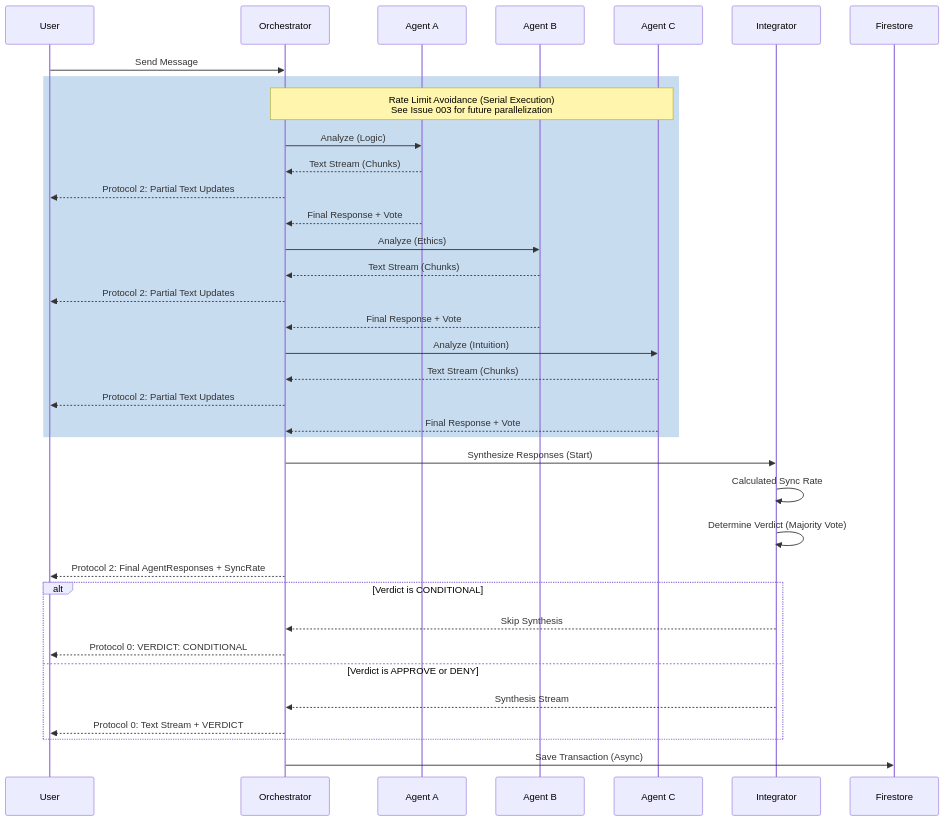
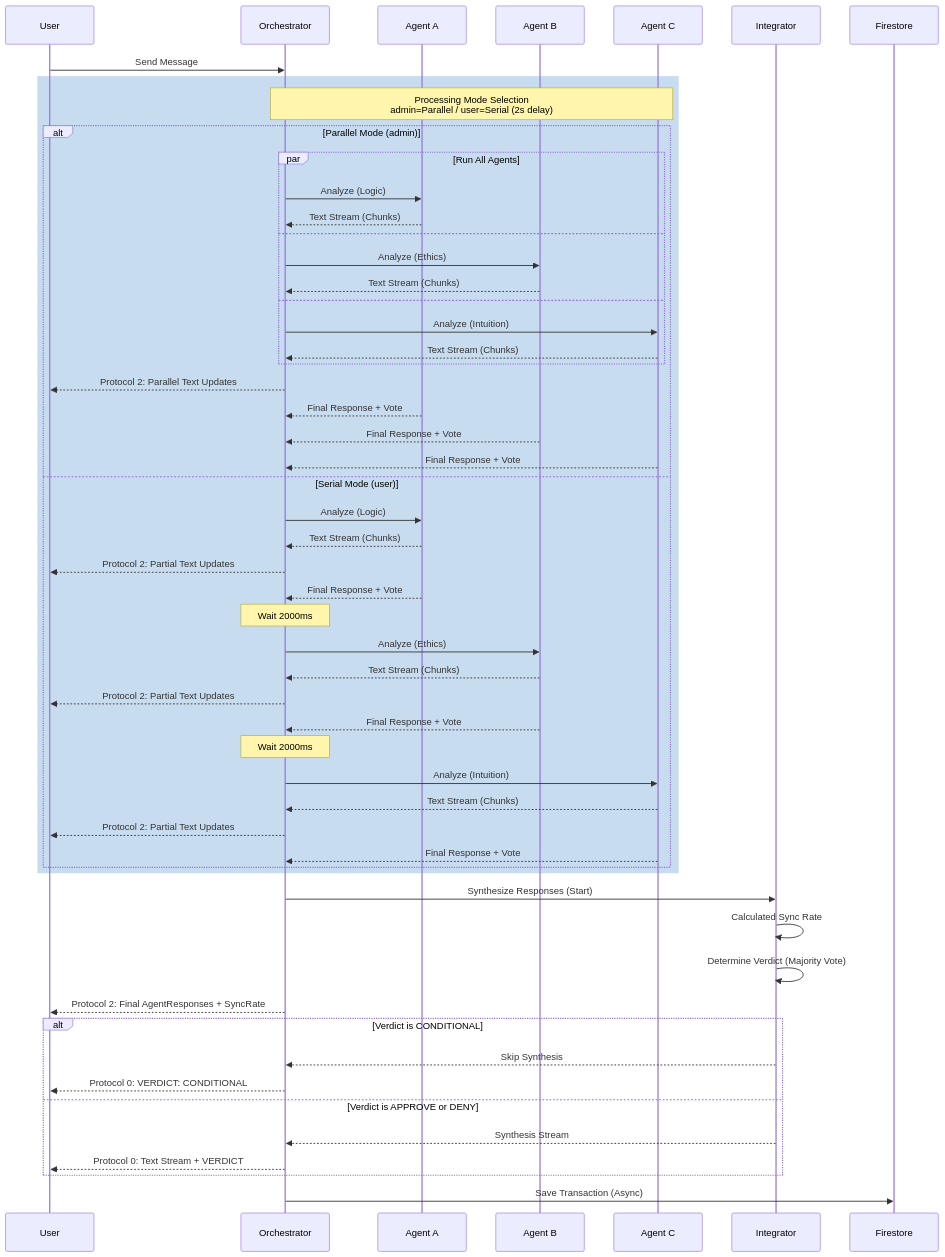
Before and after one commit to Kujo-n/maji-res: the second of 5 diagrams in docs/design/architecture.md, drawn with Mermaid. The commit also changed other lines of this file and 3 other files, not shown here.

Commit message:
docs: update architecture, spec, changelog for mode switching

````diff
--- a/docs/design/architecture.md
+++ b/docs/design/architecture.md
@@ -42,43 +42,63 @@
 ```mermaid
 sequenceDiagram
     participant U as User
     participant O as Orchestrator
     participant M as Agent A
     participant B as Agent B
     participant C as Agent C
     participant I as Integrator
     participant DB as Firestore
 
     U->>O: Send Message
     
     rect rgb(200, 220, 240)
-    Note over O, C: Rate Limit Avoidance (Serial Execution)<br/>See Issue 003 for future parallelization
-    O->>M: Analyze (Logic)
-    M-->>O: Text Stream (Chunks)
-    O-->>U: Protocol 2: Partial Text Updates
-    M-->>O: Final Response + Vote
-    O->>B: Analyze (Ethics)
-    B-->>O: Text Stream (Chunks)
-    O-->>U: Protocol 2: Partial Text Updates
-    B-->>O: Final Response + Vote
-    O->>C: Analyze (Intuition)
-    C-->>O: Text Stream (Chunks)
-    O-->>U: Protocol 2: Partial Text Updates
-    C-->>O: Final Response + Vote
+    Note over O, C: Processing Mode Selection<br/>admin=Parallel / user=Serial (2s delay)
+    
+    alt Parallel Mode (admin)
+        par Run All Agents
+            O->>M: Analyze (Logic)
+            M-->>O: Text Stream (Chunks)
+        and
+            O->>B: Analyze (Ethics)
+            B-->>O: Text Stream (Chunks)
+        and
+            O->>C: Analyze (Intuition)
+            C-->>O: Text Stream (Chunks)
+        end
+        O-->>U: Protocol 2: Parallel Text Updates
+        M-->>O: Final Response + Vote
+        B-->>O: Final Response + Vote
+        C-->>O: Final Response + Vote
+    else Serial Mode (user)
+        O->>M: Analyze (Logic)
+        M-->>O: Text Stream (Chunks)
+        O-->>U: Protocol 2: Partial Text Updates
+        M-->>O: Final Response + Vote
+        Note over O: Wait 2000ms
+        O->>B: Analyze (Ethics)
+        B-->>O: Text Stream (Chunks)
+        O-->>U: Protocol 2: Partial Text Updates
+        B-->>O: Final Response + Vote
+        Note over O: Wait 2000ms
+        O->>C: Analyze (Intuition)
+        C-->>O: Text Stream (Chunks)
+        O-->>U: Protocol 2: Partial Text Updates
+        C-->>O: Final Response + Vote
+    end
     end
     
     O->>I: Synthesize Responses (Start)
     I->>I: Calculated Sync Rate
     I->>I: Determine Verdict (Majority Vote)
     O-->>U: Protocol 2: Final AgentResponses + SyncRate
 
     alt Verdict is CONDITIONAL
         I-->>O: Skip Synthesis
         O-->>U: Protocol 0: VERDICT: CONDITIONAL
     else Verdict is APPROVE or DENY
         I-->>O: Synthesis Stream
         O-->>U: Protocol 0: Text Stream + VERDICT
     end
     
     O->>DB: Save Transaction (Async)
 ```
````
